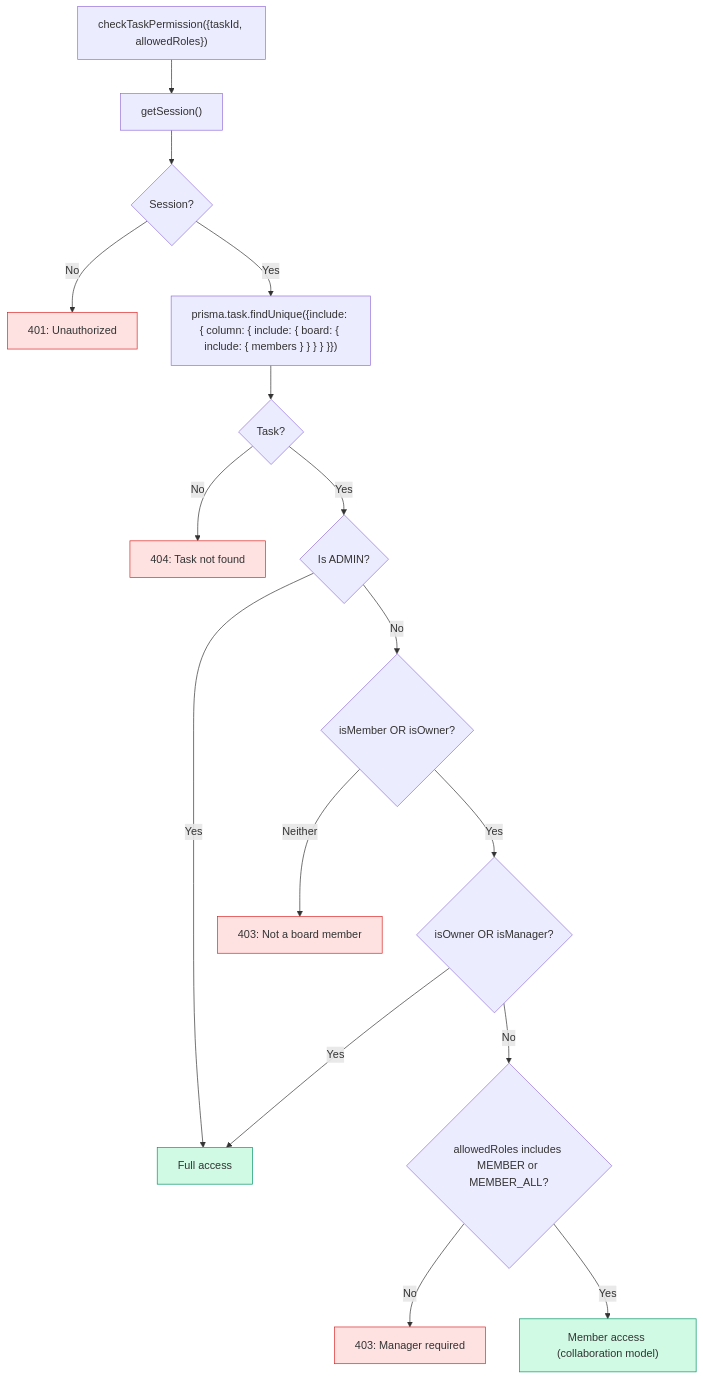
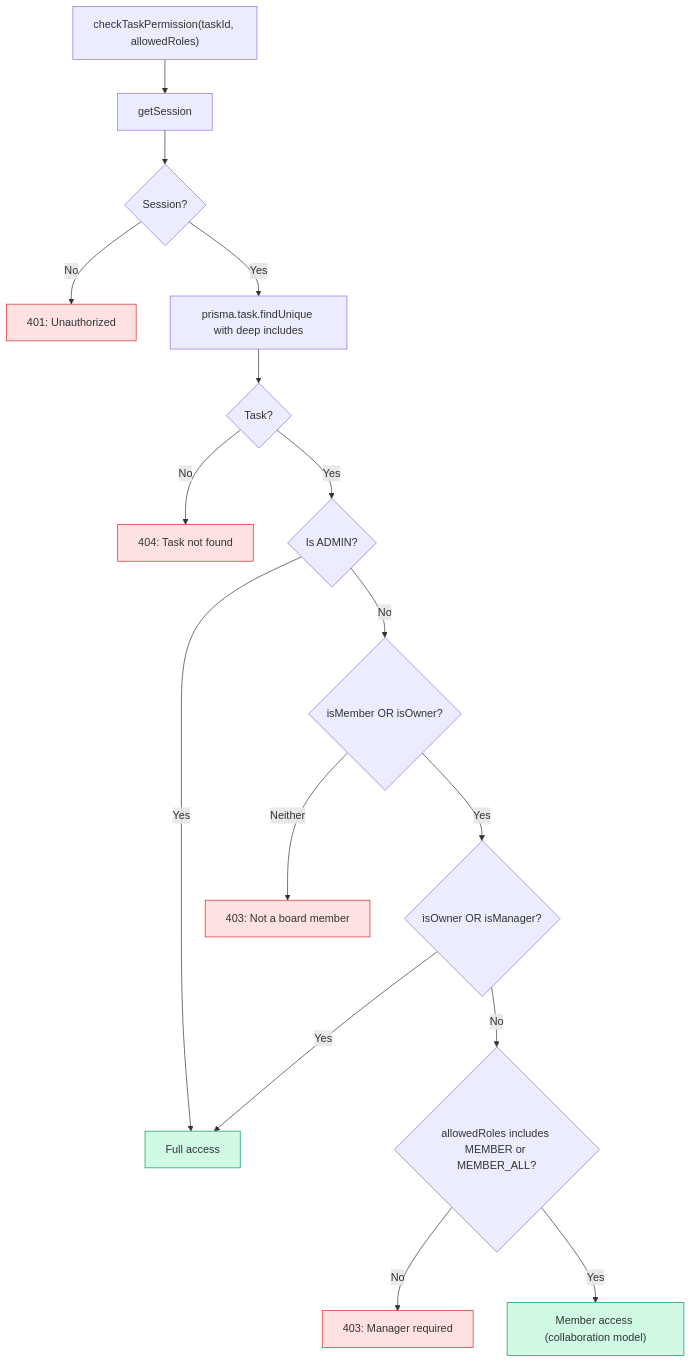
The fourth of 7 diagrams in docs/03-rbac-and-permissions.md (asefahmed500/Smart-Task-App_IIT_DU_Final_Project), drawn with Mermaid before and after one commit. The commit also changed other lines of this file and 9 other files, not shown here.

Commit message:
fix: update AGENTS.md with Vercel deployment notes and additional mermaid cleanups

````diff
--- a/docs/03-rbac-and-permissions.md
+++ b/docs/03-rbac-and-permissions.md
@@ -197,25 +197,25 @@
 ```mermaid
 flowchart TD
-    START["checkTaskPermission({taskId, allowedRoles})"] --> SESSION["getSession()"]
+    START["checkTaskPermission(taskId, allowedRoles)"] --> SESSION["getSession"]
     SESSION --> NO_SESSION{"Session?"}
     NO_SESSION -->|No| ERR["401: Unauthorized"]
-    NO_SESSION -->|Yes| FIND["prisma.task.findUnique({include: { column: { include: { board: { include: { members } } } } }})"]
+    NO_SESSION -->|Yes| FIND["prisma.task.findUnique with deep includes"]
     FIND --> NOT_FOUND{"Task?"}
     NOT_FOUND -->|No| ERR_404["404: Task not found"]
     NOT_FOUND -->|Yes| ADMIN{"Is ADMIN?"}
     ADMIN -->|Yes| ALLOW["Full access"]
     ADMIN -->|No| MEMBER_CHECK{"isMember OR isOwner?"}
     MEMBER_CHECK -->|Neither| ERR_403["403: Not a board member"]
     MEMBER_CHECK -->|Yes| OWNER_MGR{"isOwner OR isManager?"}
     OWNER_MGR -->|Yes| ALLOW
     OWNER_MGR -->|No| ROLE_CHECK{"allowedRoles includes MEMBER or MEMBER_ALL?"}
     ROLE_CHECK -->|No| ERR_MGR["403: Manager required"]
     ROLE_CHECK -->|Yes| ALLOW_MEM["Member access (collaboration model)"]
 
     style ALLOW fill:#d1fae5,stroke:#059669
     style ALLOW_MEM fill:#d1fae5,stroke:#059669
     style ERR fill:#fee2e2,stroke:#dc2626
     style ERR_404 fill:#fee2e2,stroke:#dc2626
     style ERR_403 fill:#fee2e2,stroke:#dc2626
     style ERR_MGR fill:#fee2e2,stroke:#dc2626
 ```
````
